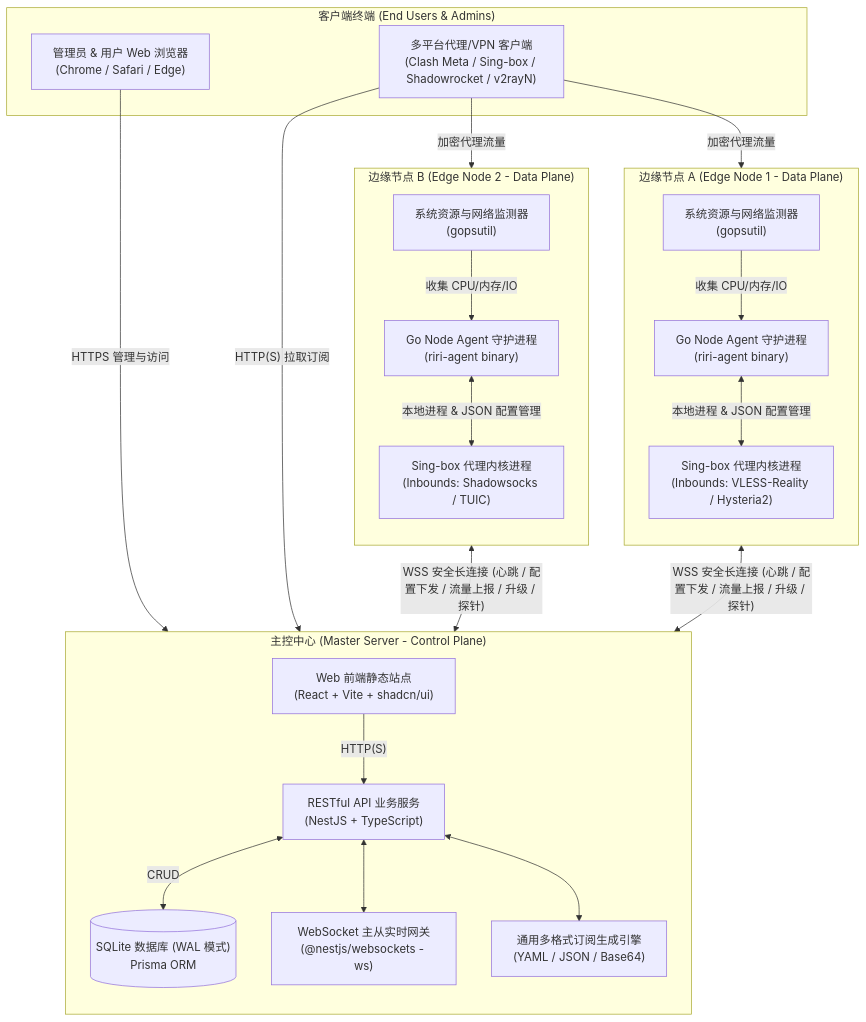
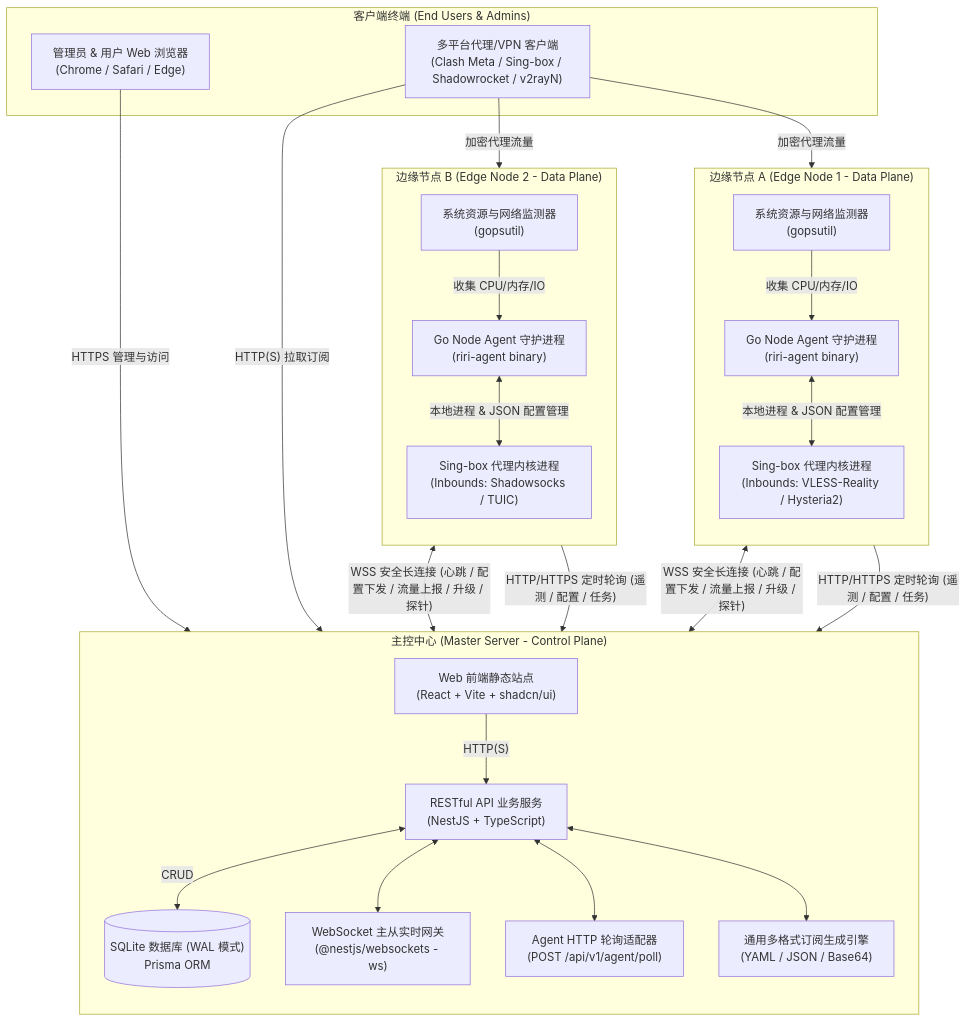
One commit to Nanako660/riricloud changed the first of 5 diagrams in docs/ARCHITECTURE.md. Above: the diagram before and after it, drawn with Mermaid. The commit also changed other lines of this file and 39 other files, not shown here.

Commit message:
feat(agent,server): 支持 Agent WS 与 HTTP 轮询双通信模式 (#24)

````diff
--- a/docs/ARCHITECTURE.md
+++ b/docs/ARCHITECTURE.md
@@ -7,49 +7,53 @@
 ```mermaid
 graph TB
     subgraph "客户端终端 (End Users & Admins)"
         UserBrowser["管理员 & 用户 Web 浏览器<br/>(Chrome / Safari / Edge)"]
         VpnClients["多平台代理/VPN 客户端<br/>(Clash Meta / Sing-box / Shadowrocket / v2rayN)"]
     end
 
     subgraph "主控中心 (Master Server - Control Plane)"
         direction TB
         FrontendUI["Web 前端静态站点<br/>(React + Vite + shadcn/ui)"]
         APIServer["RESTful API 业务服务<br/>(NestJS + TypeScript)"]
         WSGateway["WebSocket 主从实时网关<br/>(@nestjs/websockets - ws)"]
+        AgentPollAPI["Agent HTTP 轮询适配器<br/>(POST /api/v1/agent/poll)"]
         SubscriptionEngine["通用多格式订阅生成引擎<br/>(YAML / JSON / Base64)"]
         SQLiteDB[("SQLite 数据库 (WAL 模式)<br/>Prisma ORM")]
         
         FrontendUI -->|"HTTP(S)"| APIServer
         APIServer <-->|"CRUD"| SQLiteDB
         APIServer <--> WSGateway
+        APIServer <--> AgentPollAPI
         APIServer <--> SubscriptionEngine
     end
 
     subgraph "边缘节点 A (Edge Node 1 - Data Plane)"
         direction TB
         AgentA["Go Node Agent 守护进程<br/>(riri-agent binary)"]
         SingboxA["Sing-box 代理内核进程<br/>(Inbounds: VLESS-Reality / Hysteria2)"]
         SystemMonitorA["系统资源与网络监测器<br/>(gopsutil)"]
 
         AgentA <-->|"本地进程 & JSON 配置管理"| SingboxA
         SystemMonitorA -->|"收集 CPU/内存/IO"| AgentA
     end
 
     subgraph "边缘节点 B (Edge Node 2 - Data Plane)"
         direction TB
         AgentB["Go Node Agent 守护进程<br/>(riri-agent binary)"]
         SingboxB["Sing-box 代理内核进程<br/>(Inbounds: Shadowsocks / TUIC)"]
         SystemMonitorB["系统资源与网络监测器<br/>(gopsutil)"]
 
         AgentB <-->|"本地进程 & JSON 配置管理"| SingboxB
         SystemMonitorB -->|"收集 CPU/内存/IO"| AgentB
     end
 
     UserBrowser -->|"HTTPS 管理与访问"| FrontendUI
     VpnClients -->|"HTTP(S) 拉取订阅"| SubscriptionEngine
     VpnClients -->|"加密代理流量"| SingboxA
     VpnClients -->|"加密代理流量"| SingboxB
 
     AgentA <-->|"WSS 安全长连接 (心跳 / 配置下发 / 流量上报 / 升级 / 探针)"| WSGateway
     AgentB <-->|"WSS 安全长连接 (心跳 / 配置下发 / 流量上报 / 升级 / 探针)"| WSGateway
+    AgentA -->|"HTTP/HTTPS 定时轮询 (遥测 / 配置 / 任务)"| AgentPollAPI
+    AgentB -->|"HTTP/HTTPS 定时轮询 (遥测 / 配置 / 任务)"| AgentPollAPI
 ```
````
